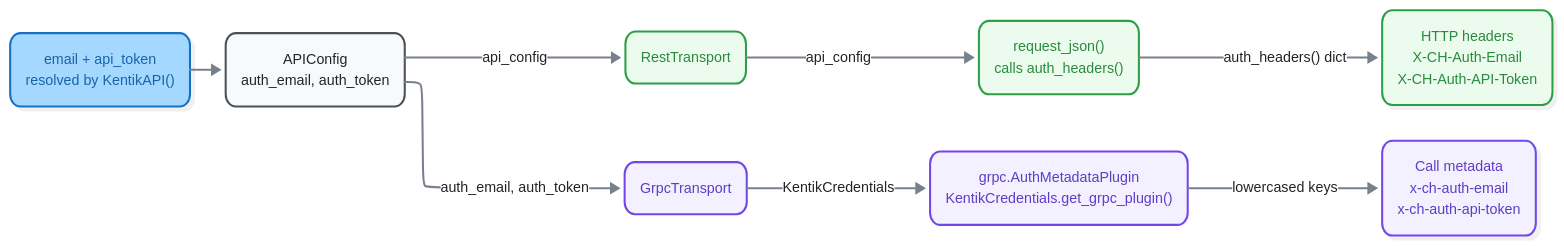
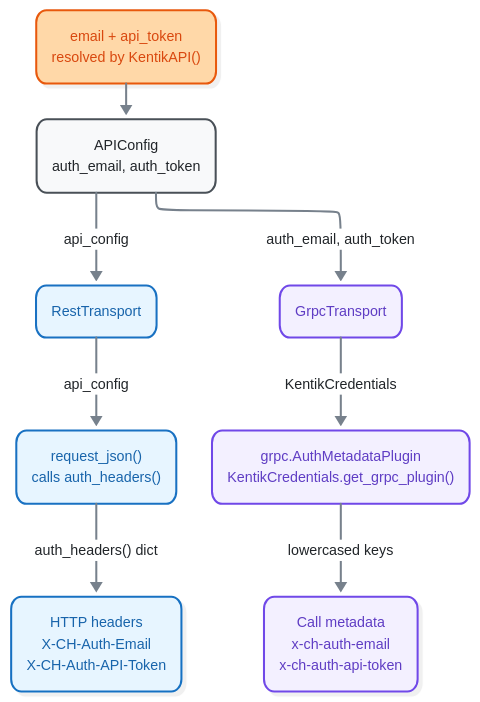
Before and after one commit to alexdearaujo/community_sdk_python: the diagram in src/kentik_api/auth/README.md, drawn with Mermaid. The commit also changed 9 other files, not shown here.

First line of the commit message:
docs: clean up the hand-written Mermaid diagrams

````diff
--- a/src/kentik_api/auth/README.md
+++ b/src/kentik_api/auth/README.md
@@ -29,33 +29,33 @@
 ```mermaid
 %%{init: {"theme": "redux", "look": "neo", "layout": "elk", "fontFamily": "ui-monospace, SFMono-Regular, Menlo, monospace", "themeVariables": {"fontFamily": "ui-monospace, SFMono-Regular, Menlo, monospace", "primaryColor": "#f8f9fa", "primaryBorderColor": "#495057", "primaryTextColor": "#212529", "textColor": "#212529", "lineColor": "#77818c", "edgeLabelBackground": "#ffffff", "actorBkg": "#f8f9fa", "actorBorder": "#495057", "actorTextColor": "#212529", "actorLineColor": "#a9b3be", "signalColor": "#57616d", "signalTextColor": "#212529", "labelBoxBkgColor": "#f8f9fa", "labelBoxBorderColor": "#495057", "labelTextColor": "#212529", "loopTextColor": "#57616d", "noteBkgColor": "#fff9db", "noteBorderColor": "#f08c00", "noteTextColor": "#a35a00"}, "flowchart": {"curve": "basis", "nodeSpacing": 30, "rankSpacing": 70, "wrappingWidth": 400}}}%%
-flowchart LR
-  pair("email + api_token<br/>resolved by KentikAPI()"):::blueSrc
+flowchart TD
+  pair("email + api_token<br/>resolved by KentikAPI()"):::orangeSrc
   cfg("APIConfig<br/>auth_email, auth_token"):::hub
-  rest("RestTransport"):::green
-  rj("request_json()<br/>calls auth_headers()"):::green
-  hdrs("HTTP headers<br/>X-CH-Auth-Email<br/>X-CH-Auth-API-Token"):::green
+  rest("RestTransport"):::blue
+  rj("request_json()<br/>calls auth_headers()"):::blue
+  hdrs("HTTP headers<br/>X-CH-Auth-Email<br/>X-CH-Auth-API-Token"):::blue
   grpcT("GrpcTransport"):::violet
   plugin("grpc.AuthMetadataPlugin<br/>KentikCredentials.get_grpc_plugin()"):::violet
   meta("Call metadata<br/>x-ch-auth-email<br/>x-ch-auth-api-token"):::violet
 
   pair --> cfg
   cfg -->|"api_config"| rest
   rest -->|"api_config"| rj
   rj -->|"auth_headers() dict"| hdrs
   cfg -->|"auth_email, auth_token"| grpcT
   grpcT -->|"KentikCredentials"| plugin
   plugin -->|"lowercased keys"| meta
 
   click cfg "../core/api_config.py"
   click rest "../transports/rest_client.py"
   click rj "../core/rest_runtime.py"
   click grpcT "../transports/grpc_client.py"
   click plugin "credentials.py"
 
-  classDef blueSrc fill:#a5d8ff,stroke:#1971c2,color:#1864ab
-  classDef green fill:#ebfbee,stroke:#2f9e44,color:#2b8a3e
+  classDef orangeSrc fill:#ffd8a8,stroke:#e8590c,color:#d9480f
+  classDef blue fill:#e7f5ff,stroke:#1971c2,color:#1864ab
   classDef violet fill:#f3f0ff,stroke:#7048e8,color:#5f3dc4
   classDef hub fill:#f8f9fa,stroke:#495057,color:#212529
-  classDef blueSrc,green,violet,hub stroke-width:2px,rx:10px
+  classDef orangeSrc,blue,violet,hub stroke-width:2px,rx:10px
   linkStyle default stroke-width:2px,stroke-linecap:round,stroke-linejoin:round
 ```
````
